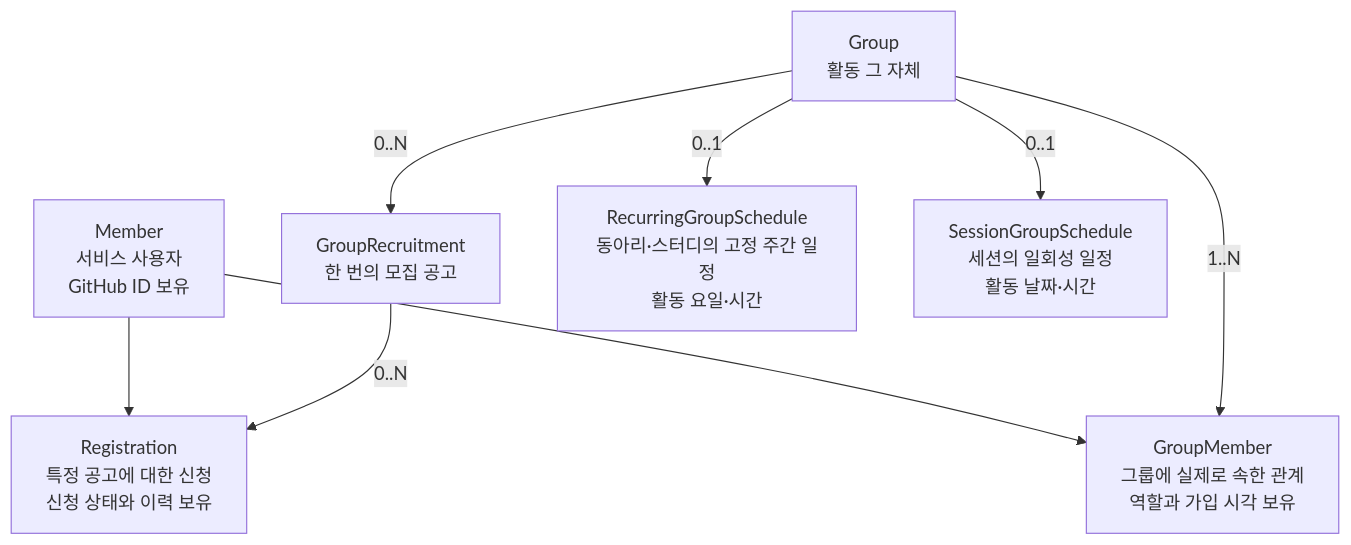
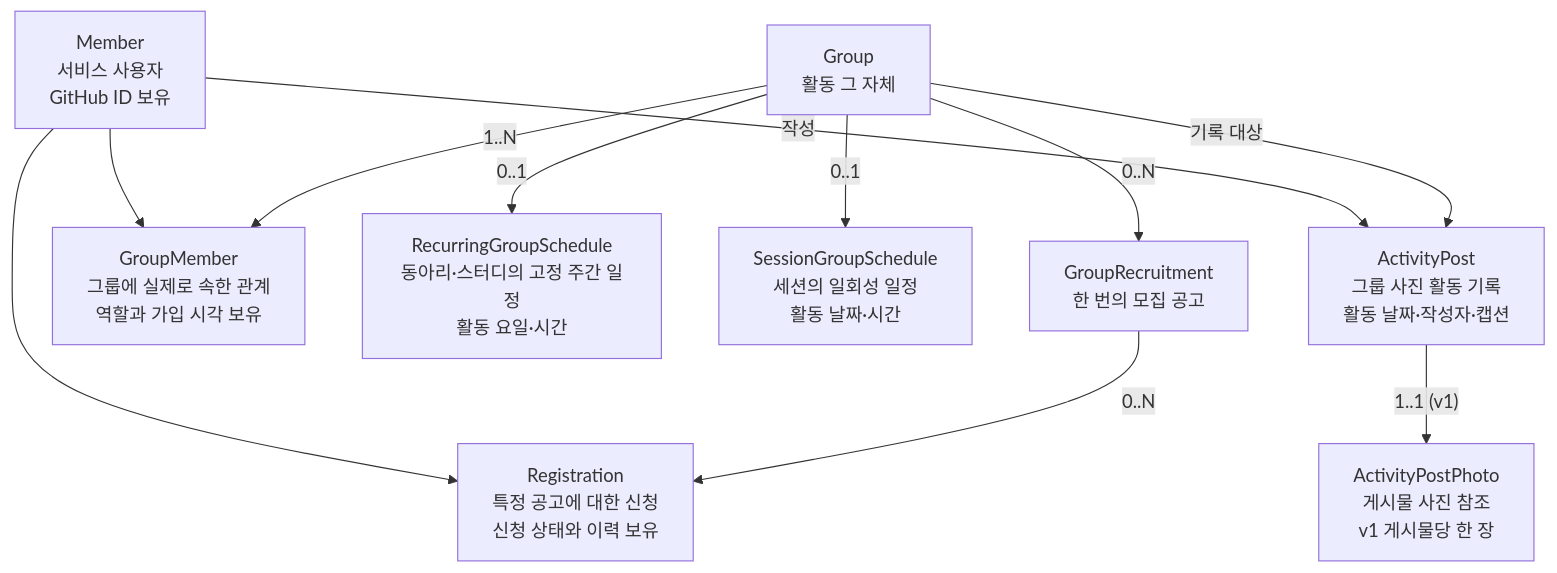
One commit to woowacourse-teams/2026-jarihana changed the first of 2 diagrams in backend/docs/context/domain/model/README.md. Above: the diagram before and after it, drawn with Mermaid. The commit also changed other lines of this file and 50 other files, not shown here.

First line of the commit message:
feat(activity-post): 사진 활동 기록 피드를 제공한다

````diff
--- a/backend/docs/context/domain/model/README.md
+++ b/backend/docs/context/domain/model/README.md
@@ -18,18 +18,23 @@
 ```mermaid
 flowchart TD
     M["Member<br/>서비스 사용자<br/>GitHub ID 보유"]
     G["Group<br/>활동 그 자체"]
     R["GroupRecruitment<br/>한 번의 모집 공고"]
     Reg["Registration<br/>특정 공고에 대한 신청<br/>신청 상태와 이력 보유"]
     GM["GroupMember<br/>그룹에 실제로 속한 관계<br/>역할과 가입 시각 보유"]
     RS["RecurringGroupSchedule<br/>동아리·스터디의 고정 주간 일정<br/>활동 요일·시간"]
     SS["SessionGroupSchedule<br/>세션의 일회성 일정<br/>활동 날짜·시간"]
+    AP["ActivityPost<br/>그룹 사진 활동 기록<br/>활동 날짜·작성자·캡션"]
+    APP["ActivityPostPhoto<br/>게시물 사진 참조<br/>v1 게시물당 한 장"]
 
     M --> Reg
     M --> GM
     G -->|"0..N"| R
     G -->|"0..1"| RS
     G -->|"0..1"| SS
     G -->|"1..N"| GM
     R -->|"0..N"| Reg
+    M -->|"작성"| AP
+    G -->|"기록 대상"| AP
+    AP -->|"1..1 (v1)"| APP
 ```
````
